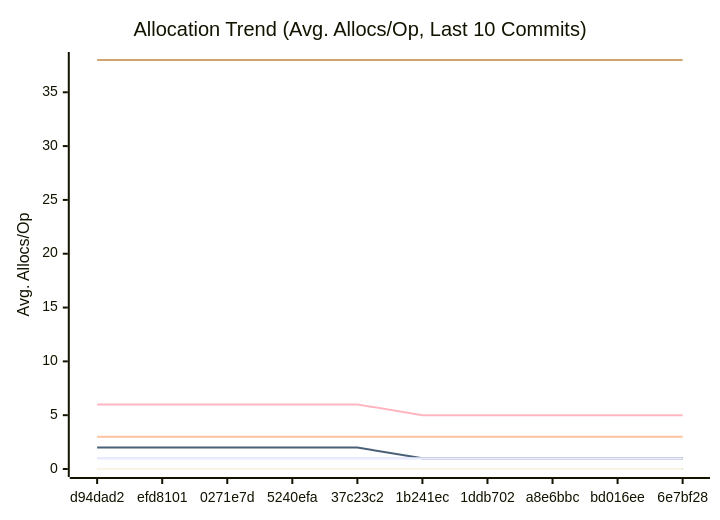
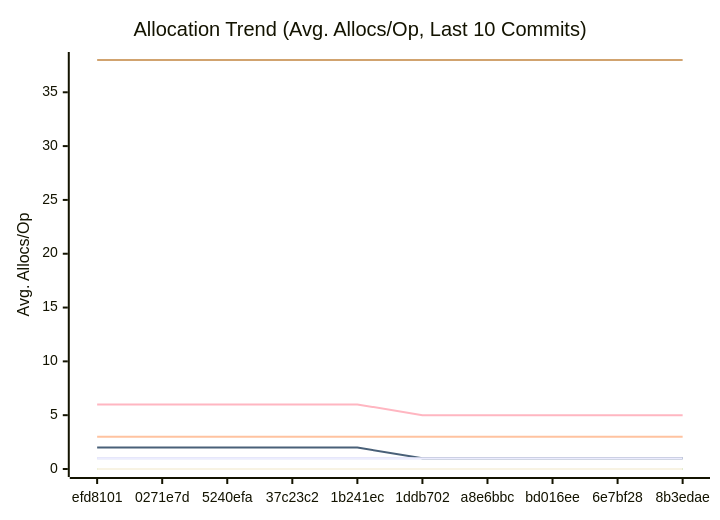
One commit to alsotoes/momo changed the third of 3 diagrams in docs/PERFORMANCE.md. Above: the diagram before and after it, drawn with Mermaid. The commit also changed other lines of this file and 5 other files, not shown here.

````diff
--- a/docs/PERFORMANCE.md
+++ b/docs/PERFORMANCE.md
@@ -176,18 +176,18 @@
 ```mermaid
 xychart-beta
     title "Allocation Trend (Avg. Allocs/Op, Last 10 Commits)"
     x-axis "Commit"
     y-axis "Avg. Allocs/Op"
-    x-axis [d94dad2,efd8101,0271e7d,5240efa,37c23c2,1b241ec,1ddb702,a8e6bbc,bd016ee,6e7bf28]
+    x-axis [efd8101,0271e7d,5240efa,37c23c2,1b241ec,1ddb702,a8e6bbc,bd016ee,6e7bf28,8b3edae]
     line "CheckMetricsAndSwap" [0,0,0,0,0,0,0,0,0,0]
     line "CrushOptimized" [0,0,0,0,0,0,0,0,0,0]
     line "CrushOriginal" [3,3,3,3,3,3,3,3,3,3]
     line "IndexDirectTracking" [0,0,0,0,0,0,0,0,0,0]
     line "IndexSearch" [0,0,0,0,0,0,0,0,0,0]
     line "LoadGlobalConfig" [38,38,38,38,38,38,38,38,38,38]
     line "PadString" [1,1,1,1,1,1,1,1,1,1]
     line "ParseReplicationOrder_NoPrealloc" [6,6,6,6,6,5,5,5,5,5]
     line "ParseReplicationOrder_Prealloc" [2,2,2,2,2,1,1,1,1,1]
     line "SanitizeLog/Safe" [0,0,0,0,0,0,0,0,0,0]
     line "SanitizeLog/Unsafe" [1,1,1,1,1,1,1,1,1,1]
 ```
````
